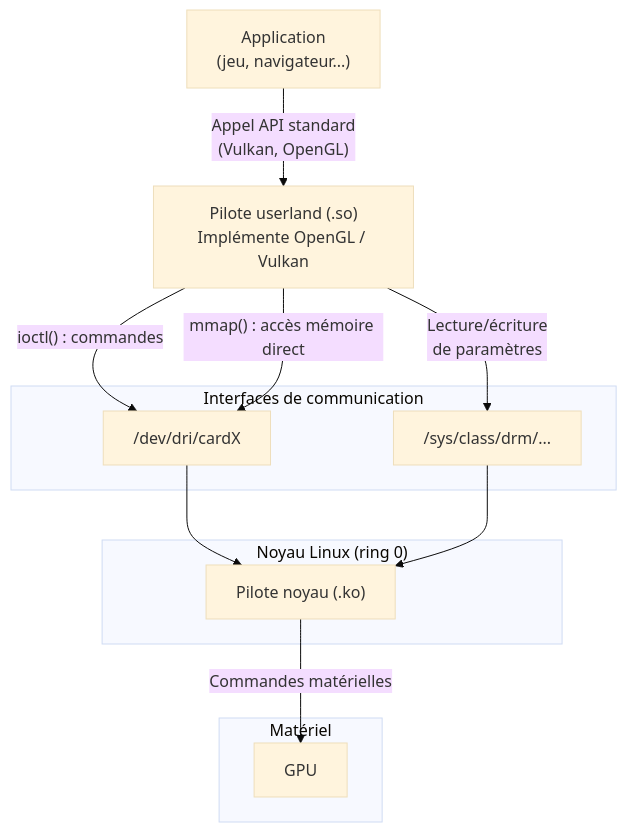
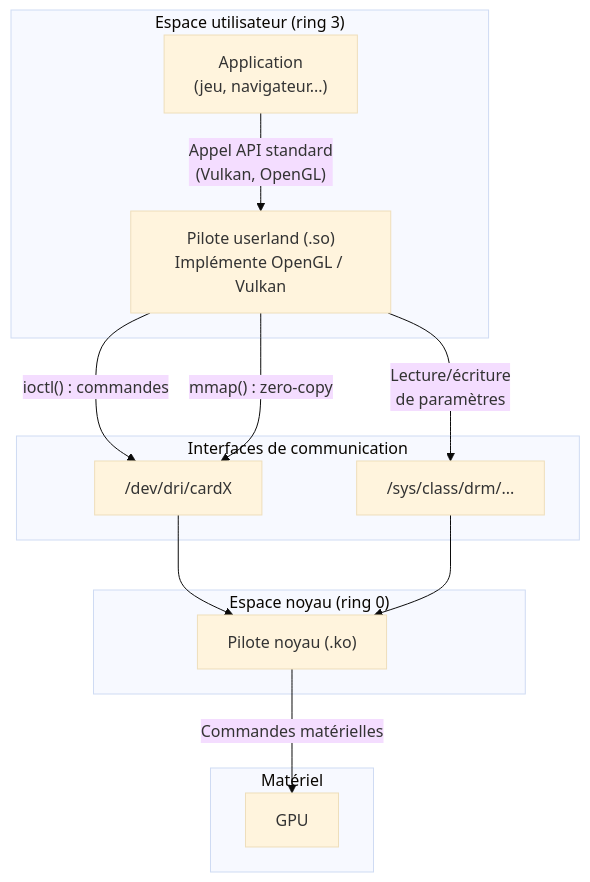
One commit to Yanal-Yves/blog changed the second of 2 diagrams in content/gnu-linux/communication-noyau-userland/_index.md. Above: the diagram before and after it, drawn with Mermaid (base theme). The commit also changed other lines of this file, not shown here.

First line of the commit message:
Improve kernel/userland communication article

````diff
--- a/content/gnu-linux/communication-noyau-userland/_index.md
+++ b/content/gnu-linux/communication-noyau-userland/_index.md
@@ -115,26 +185,28 @@
 ```mermaid
 graph TD
-    APP["Application<br/>(jeu, navigateur...)"]
-    UL["Pilote userland (.so)<br/>Implémente OpenGL / Vulkan"]
+    subgraph USERLAND ["Espace utilisateur (ring 3)"]
+        APP["Application<br/>(jeu, navigateur...)"]
+        UL["Pilote userland (.so)<br/>Implémente OpenGL / Vulkan"]
+    end
 
-    subgraph KERNEL ["Noyau Linux (ring 0)"]
+    subgraph INTERFACES ["Interfaces de communication"]
+        DEV["/dev/dri/cardX"]
+        SYS["/sys/class/drm/..."]
+    end
+
+    subgraph KERNEL ["Espace noyau (ring 0)"]
         DRV["Pilote noyau (.ko)"]
     end
 
     subgraph HW ["Matériel"]
         GPU["GPU"]
     end
 
-    subgraph INTERFACES ["Interfaces de communication"]
-        DEV["/dev/dri/cardX"]
-        SYS["/sys/class/drm/..."]
-    end
-
     APP -- "Appel API standard<br/>(Vulkan, OpenGL)" --> UL
     UL -- "ioctl() : commandes" --> DEV
-    UL -- "mmap() : accès mémoire direct" --> DEV
+    UL -- "mmap() : zero-copy" --> DEV
     UL -- "Lecture/écriture<br/>de paramètres" --> SYS
     DEV --> DRV
     SYS --> DRV
     DRV -- "Commandes matérielles" --> GPU
 ```
````
